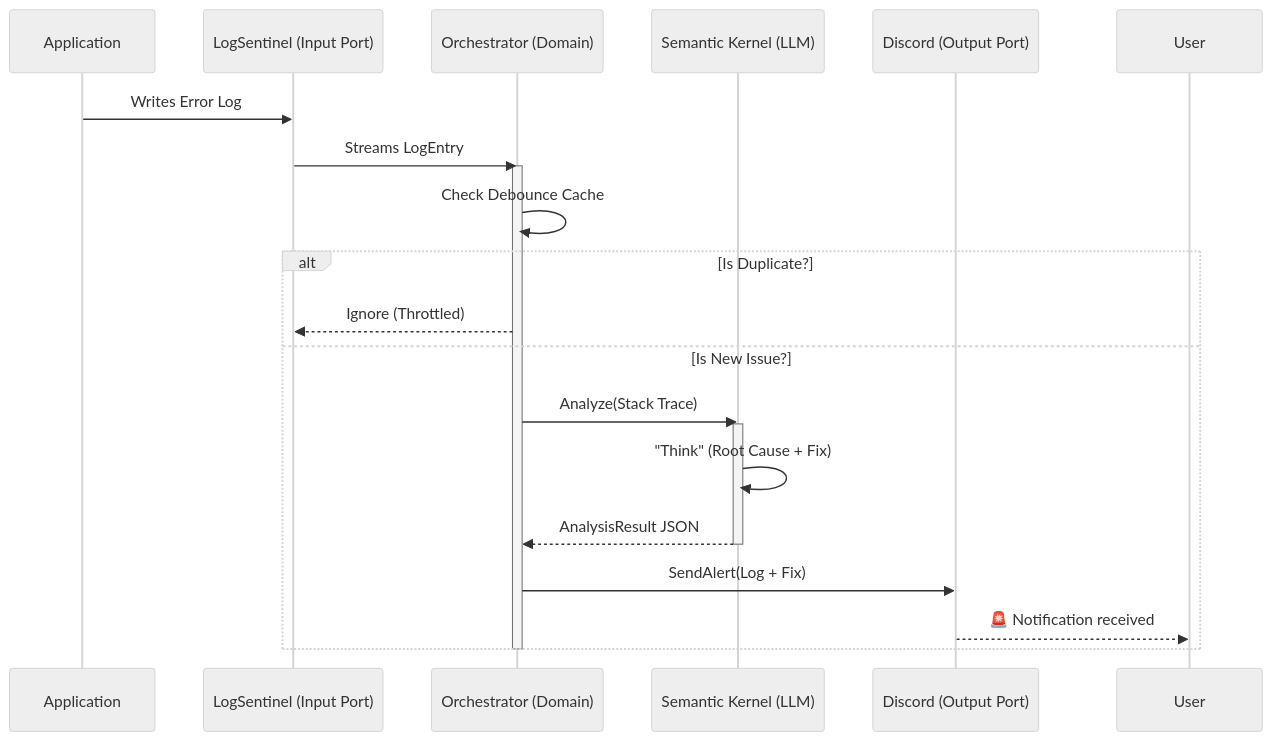
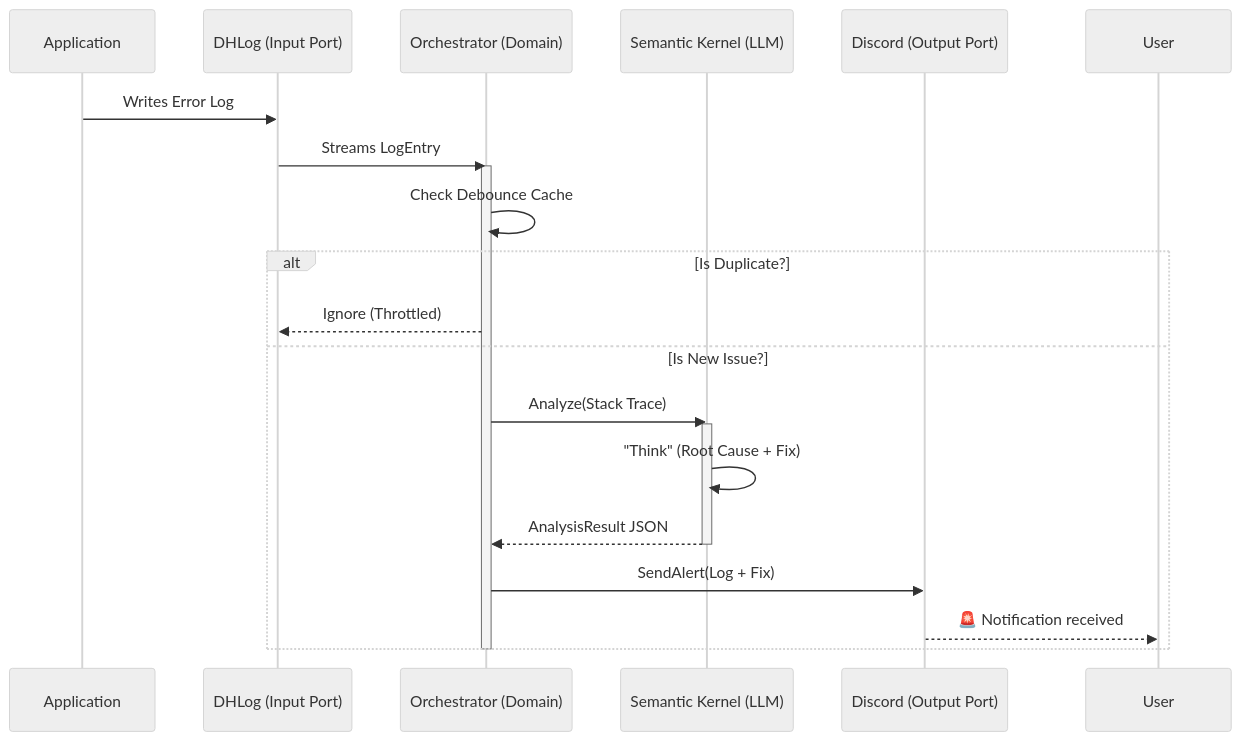
The diagram in README.md (emirhanuluksar/LogSentinel), drawn with Mermaid (neutral theme) before and after one commit. The commit also changed other lines of this file and 45 other files, not shown here.

````diff
--- a/README.md
+++ b/README.md
@@ -64,27 +64,27 @@
 ```mermaid
 sequenceDiagram
     participant App as Application
-    participant Watcher as LogSentinel (Input Port)
+    participant Watcher as DHLog (Input Port)
     participant Core as Orchestrator (Domain)
     participant AI as Semantic Kernel (LLM)
     participant Alert as Discord (Output Port)
 
     App->>Watcher: Writes Error Log
     Watcher->>Core: Streams LogEntry
 
     activate Core
     Core->>Core: Check Debounce Cache
     alt Is Duplicate?
         Core-->>Watcher: Ignore (Throttled)
     else Is New Issue?
         Core->>AI: Analyze(Stack Trace)
         activate AI
         AI->>AI: "Think" (Root Cause + Fix)
         AI-->>Core: AnalysisResult JSON
         deactivate AI
 
         Core->>Alert: SendAlert(Log + Fix)
         Alert-->>User: 🚨 Notification received
     end
     deactivate Core
 ```
````
